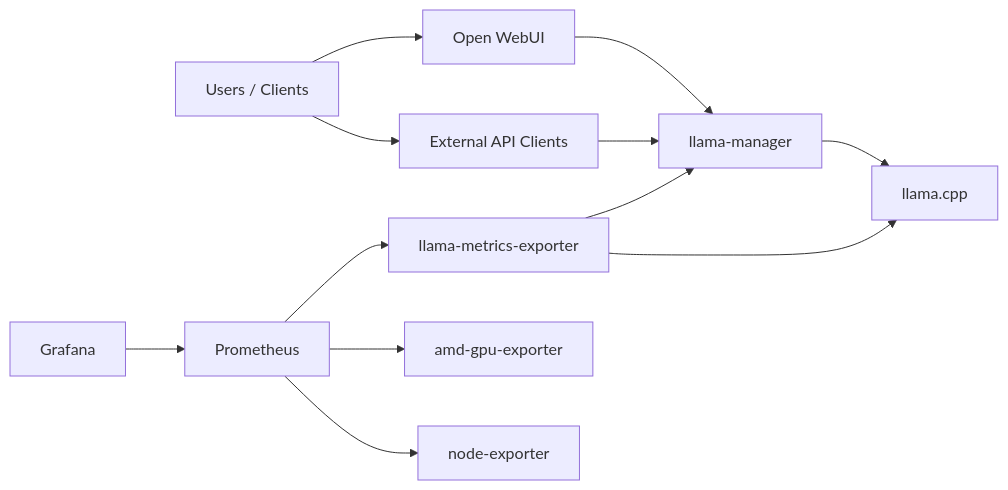
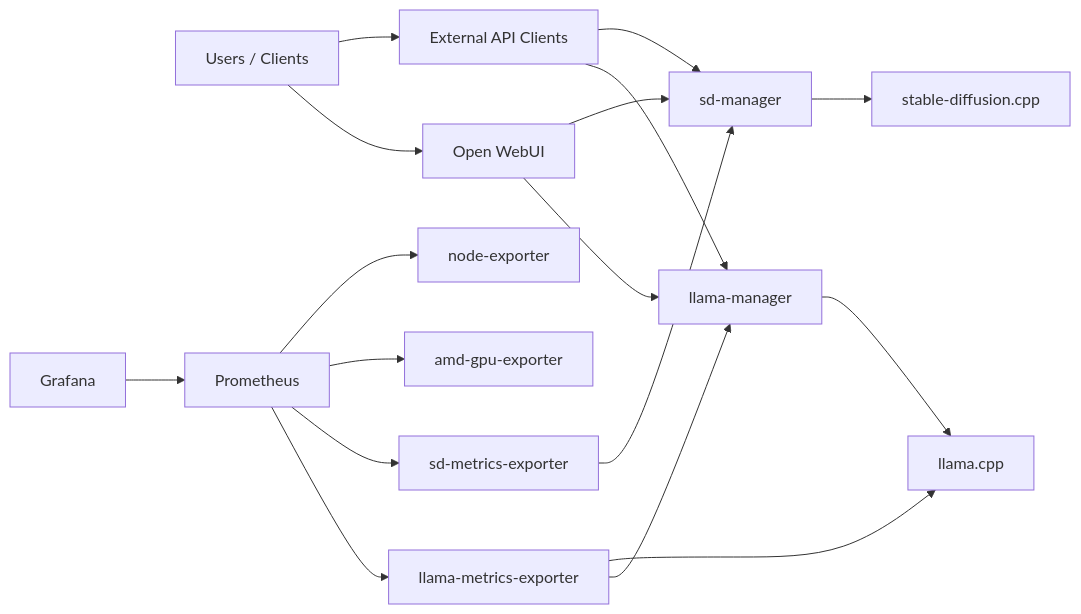
The diagram in README.md (rozsival/panther-minor), drawn with Mermaid before and after one commit. The commit also changed other lines of this file and 26 other files, not shown here.

First line of the commit message:
feat: add stable-diffusion.cpp image generation service

````diff
--- a/README.md
+++ b/README.md
@@ -32,18 +33,23 @@
 ```mermaid
 flowchart LR
     U[Users / Clients] --> W[Open WebUI]
     U --> A[External API Clients]
 
     W --> M[llama-manager]
     A --> M
+    W --> S[sd-manager]
+    A --> S
 
     M --> L[llama.cpp]
+    S --> I[stable-diffusion.cpp]
 
     P[Prometheus] --> X[llama-metrics-exporter]
+    P --> Y[sd-metrics-exporter]
     P --> G[amd-gpu-exporter]
     P --> N[node-exporter]
     X --> M
     X --> L
+    Y --> S
 
     D[Grafana] --> P
 ```
````
